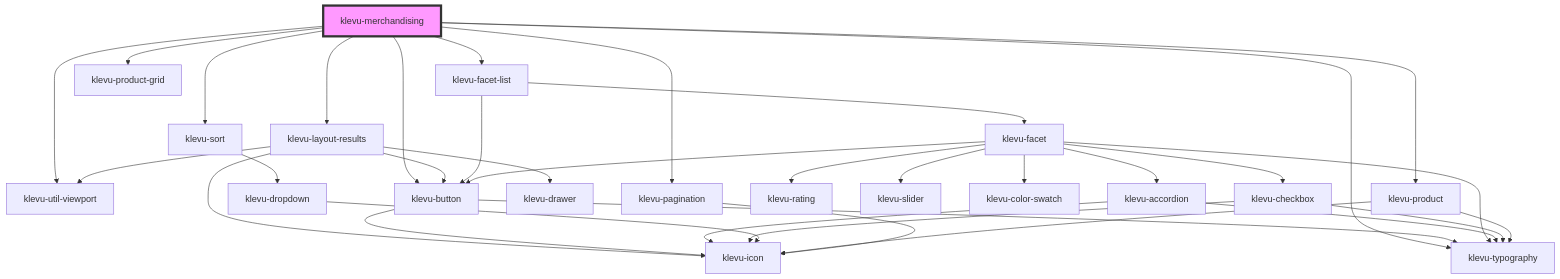
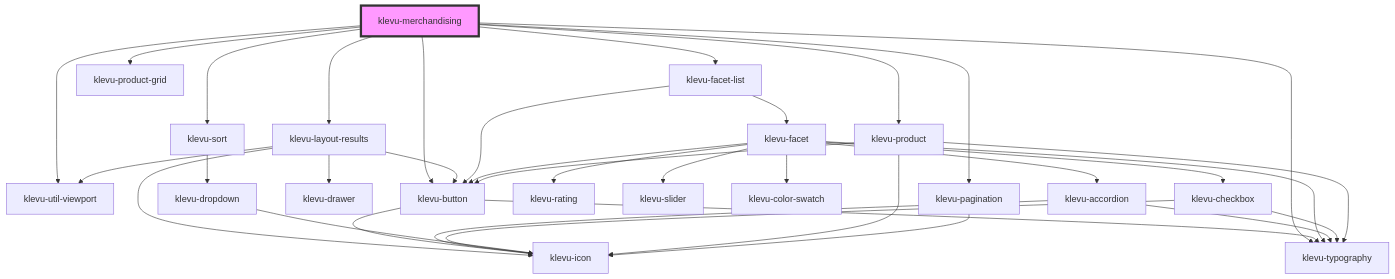
Before and after one commit to klevultd/frontend-sdk: the diagram in packages/klevu-ui/src/components/klevu-merchandising/readme.md, drawn with Mermaid. The commit also changed 24 other files, not shown here.

First line of the commit message:
UI: KMC add to cart button to product

````diff
--- a/packages/klevu-ui/src/components/klevu-merchandising/readme.md
+++ b/packages/klevu-ui/src/components/klevu-merchandising/readme.md
@@ -58,37 +58,38 @@
 ```mermaid
 graph TD;
   klevu-merchandising --> klevu-util-viewport
   klevu-merchandising --> klevu-layout-results
   klevu-merchandising --> klevu-facet-list
   klevu-merchandising --> klevu-typography
   klevu-merchandising --> klevu-sort
   klevu-merchandising --> klevu-product-grid
   klevu-merchandising --> klevu-product
   klevu-merchandising --> klevu-pagination
   klevu-merchandising --> klevu-button
   klevu-layout-results --> klevu-util-viewport
   klevu-layout-results --> klevu-button
   klevu-layout-results --> klevu-icon
   klevu-layout-results --> klevu-drawer
   klevu-button --> klevu-icon
   klevu-button --> klevu-typography
   klevu-facet-list --> klevu-facet
   klevu-facet-list --> klevu-button
   klevu-facet --> klevu-accordion
   klevu-facet --> klevu-rating
   klevu-facet --> klevu-typography
   klevu-facet --> klevu-slider
   klevu-facet --> klevu-color-swatch
   klevu-facet --> klevu-checkbox
   klevu-facet --> klevu-button
   klevu-accordion --> klevu-typography
   klevu-accordion --> klevu-icon
   klevu-checkbox --> klevu-icon
   klevu-checkbox --> klevu-typography
   klevu-sort --> klevu-dropdown
   klevu-dropdown --> klevu-icon
   klevu-product --> klevu-icon
   klevu-product --> klevu-typography
+  klevu-product --> klevu-button
   klevu-pagination --> klevu-icon
   style klevu-merchandising fill:#f9f,stroke:#333,stroke-width:4px
 ```
````
